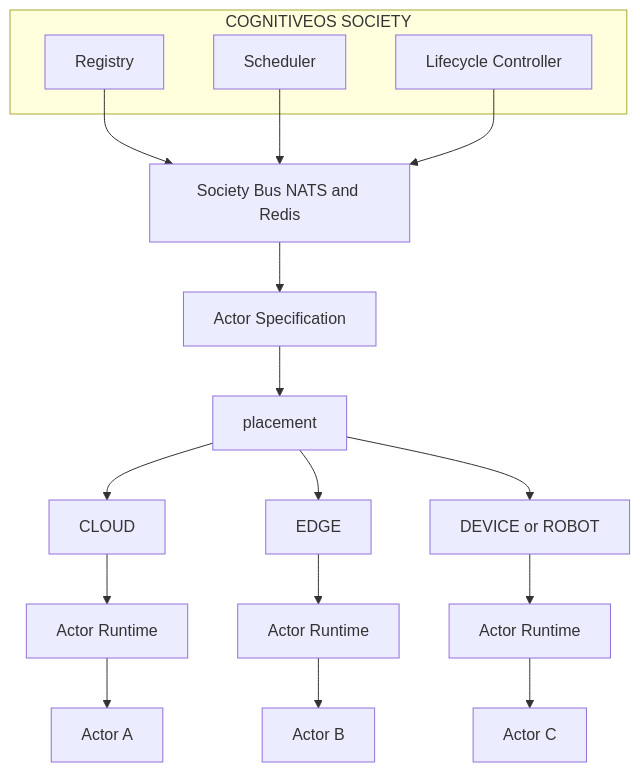
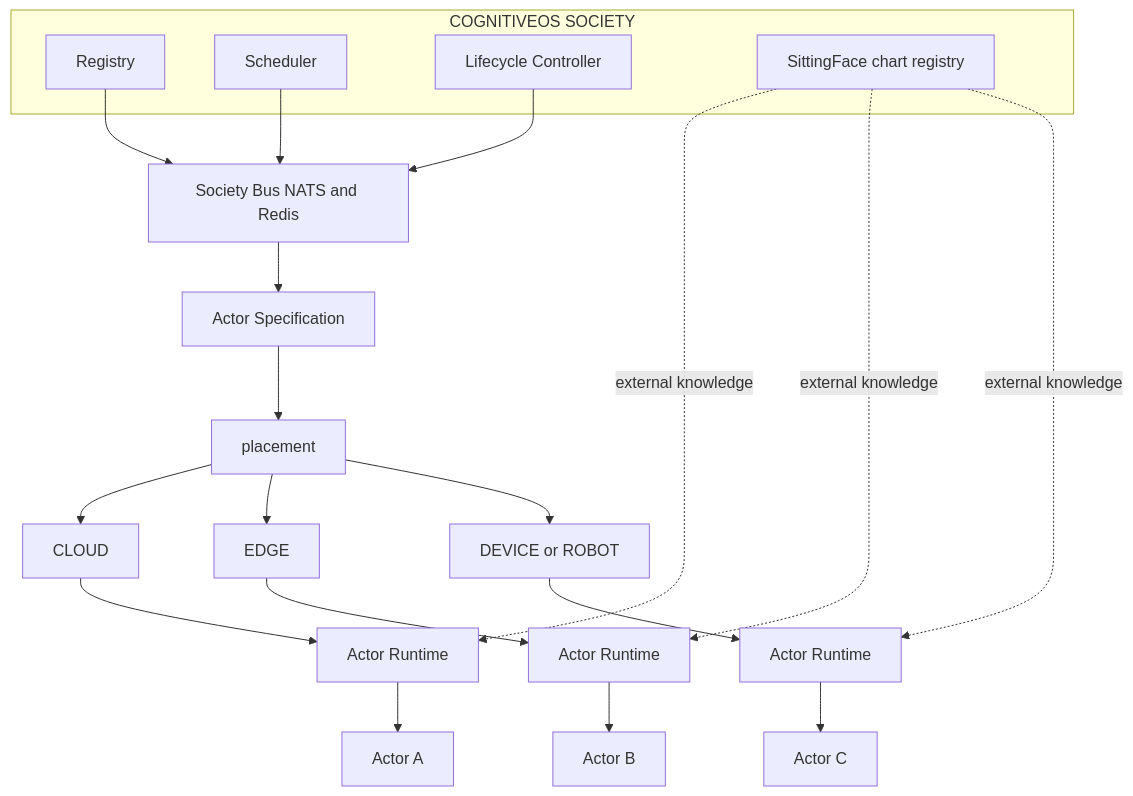
Before and after one commit to monkeypatched-stack/cogitive-os: the eighth of 25 diagrams in docs/DIAGRAMS.md, drawn with Mermaid. The commit also changed other lines of this file, not shown here.

Commit message:
adding diagrams

````diff
--- a/docs/DIAGRAMS.md
+++ b/docs/DIAGRAMS.md
@@ -344,36 +415,40 @@
 ```mermaid
 flowchart TB
     subgraph socGrp["COGNITIVEOS SOCIETY"]
         Reg["Registry"]
         Sched["Scheduler"]
         LC["Lifecycle Controller"]
+        SF["SittingFace chart registry"]
     end
 
     Bus["Society Bus NATS and Redis"]
     Spec["Actor Specification"]
     Place["placement"]
     Cloud["CLOUD"]
     Edge["EDGE"]
     Device["DEVICE or ROBOT"]
     RT1["Actor Runtime"]
     RT2["Actor Runtime"]
     RT3["Actor Runtime"]
     ActA["Actor A"]
     ActB["Actor B"]
     ActC["Actor C"]
 
     Reg --> Bus
     Sched --> Bus
     LC --> Bus
+    SF -.->|external knowledge| RT1
+    SF -.->|external knowledge| RT2
+    SF -.->|external knowledge| RT3
     Bus --> Spec
     Spec --> Place
     Place --> Cloud
     Place --> Edge
     Place --> Device
     Cloud --> RT1
     Edge --> RT2
     Device --> RT3
     RT1 --> ActA
     RT2 --> ActB
     RT3 --> ActC
 ```
````
